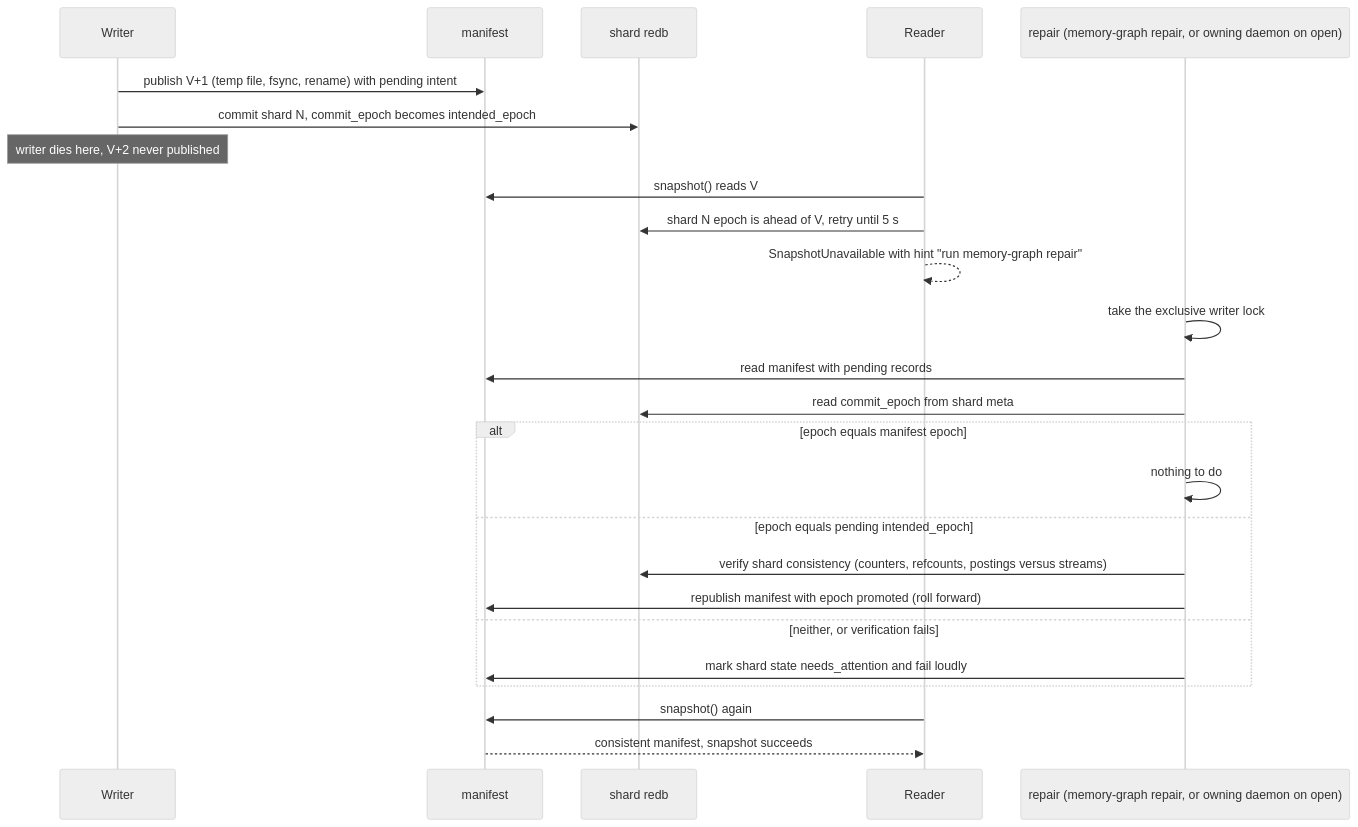
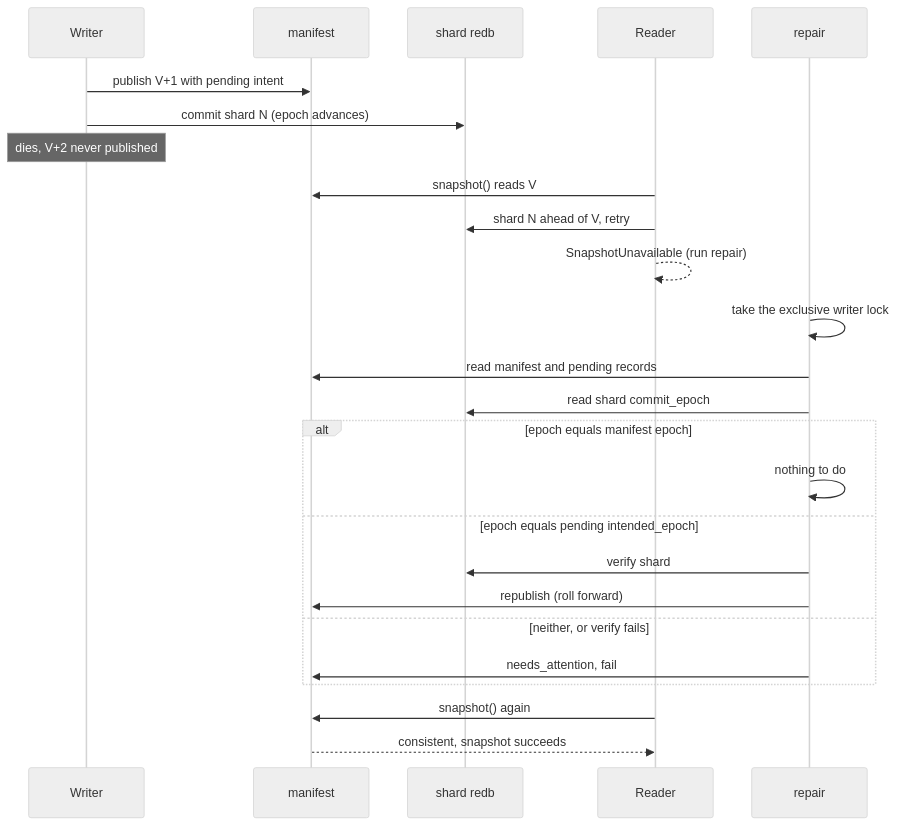
Before and after one commit to P47Phoenix/memory-graph: diagram 13 of 19 in docs/architecture-diagrams.md, drawn with Mermaid (neutral theme). The commit also changed other lines of this file and 2 other files, not shown here.

First line of the commit message:
Fix architecture diagram review findings (PR #13)

````diff
--- a/docs/architecture-diagrams.md
+++ b/docs/architecture-diagrams.md
@@ -484,27 +399,27 @@
 ```mermaid
 sequenceDiagram
     participant W as Writer
     participant M as manifest
     participant S as shard redb
     participant R as Reader
-    participant Rep as repair (memory-graph repair, or owning daemon on open)
-    W->>M: publish V+1 (temp file, fsync, rename) with pending intent
-    W->>S: commit shard N, commit_epoch becomes intended_epoch
-    Note over W: writer dies here, V+2 never published
+    participant Rep as repair
+    W->>M: publish V+1 with pending intent
+    W->>S: commit shard N (epoch advances)
+    Note over W: dies, V+2 never published
     R->>M: snapshot() reads V
-    R->>S: shard N epoch is ahead of V, retry until 5 s
-    R-->>R: SnapshotUnavailable with hint "run memory-graph repair"
+    R->>S: shard N ahead of V, retry
+    R-->>R: SnapshotUnavailable (run repair)
     Rep->>Rep: take the exclusive writer lock
-    Rep->>M: read manifest with pending records
-    Rep->>S: read commit_epoch from shard meta
+    Rep->>M: read manifest and pending records
+    Rep->>S: read shard commit_epoch
     alt epoch equals manifest epoch
         Rep->>Rep: nothing to do
     else epoch equals pending intended_epoch
-        Rep->>S: verify shard consistency (counters, refcounts, postings versus streams)
-        Rep->>M: republish manifest with epoch promoted (roll forward)
-    else neither, or verification fails
-        Rep->>M: mark shard state needs_attention and fail loudly
+        Rep->>S: verify shard
+        Rep->>M: republish (roll forward)
+    else neither, or verify fails
+        Rep->>M: needs_attention, fail
     end
     R->>M: snapshot() again
-    M-->>R: consistent manifest, snapshot succeeds
+    M-->>R: consistent, snapshot succeeds
 ```
````
